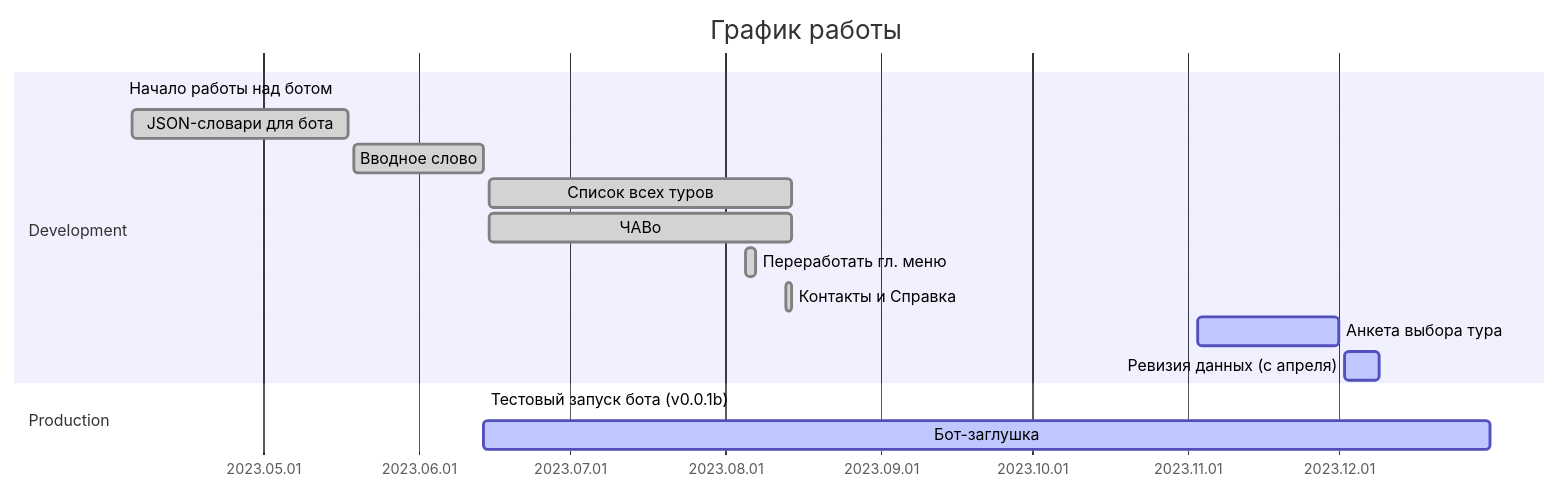
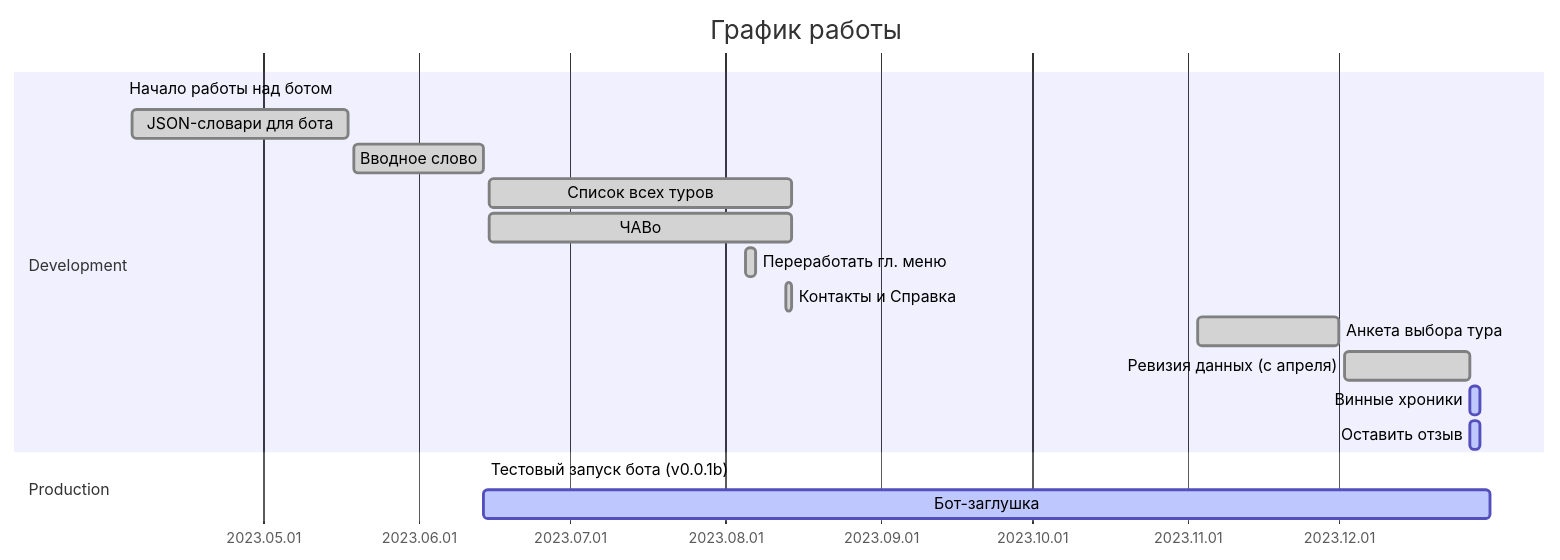
The first of 2 diagrams in README.md (tropintropin/telegram_bot_peshehod_chat), drawn with Mermaid before and after one commit. The commit also changed other lines of this file, not shown here.

````diff
--- a/README.md
+++ b/README.md
@@ -49,20 +48,22 @@
 ```mermaid
 gantt
 title       График работы
 dateFormat  YYYY.MM.DD
 axisFormat  %Y.%m.%d
 excludes    
 section     Development
 Начало работы над ботом         :mileston,      2023.04.03, 
 JSON-словари для бота           :done,      a0, 2023.04.05, 2023.05.18
 Вводное слово                   :done,      a1, 2023.05.19, 2023.06.14
 Список всех туров               :done,    a2, 2023.06.15, 60d
 ЧАВо                            :done,    a3, 2023.06.15, 60d
 Переработать гл. меню           :done,      a5, 2023.08.05, 2d
 Контакты и Справка              :done,      a6, 2023.08.13, 1d
-Анкета выбора тура              :active,    a7, 2023.11.03, 2023.12.01
-Ревизия данных (с апреля)       :active,    a8, 2023.12.02, 7d
+Анкета выбора тура              :done,    a7, 2023.11.03, 2023.12.01
+Ревизия данных (с апреля)       :done,    a8, 2023.12.02, 2023.12.27
+Винные хроники                  :active,    a9, 2023.12.27, 2d
+Оставить отзыв                  :active,    a10, 2023.12.27, 2d
 section     Production
 Тестовый запуск бота (v0.0.1b)  :mileston,      2023.06.14,
 Бот-заглушка                    :active,    b0, 2023.06.14, 2023.12.31
 ```
````
